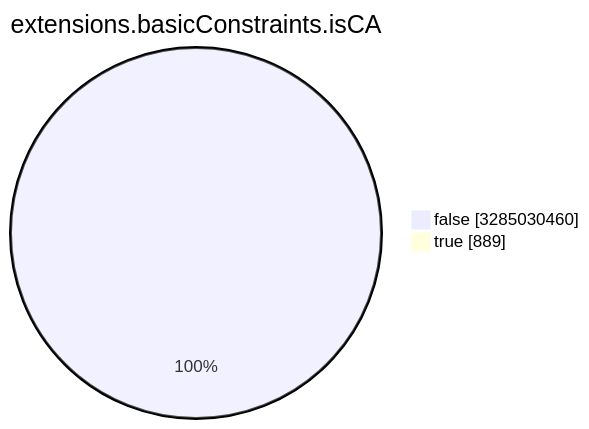
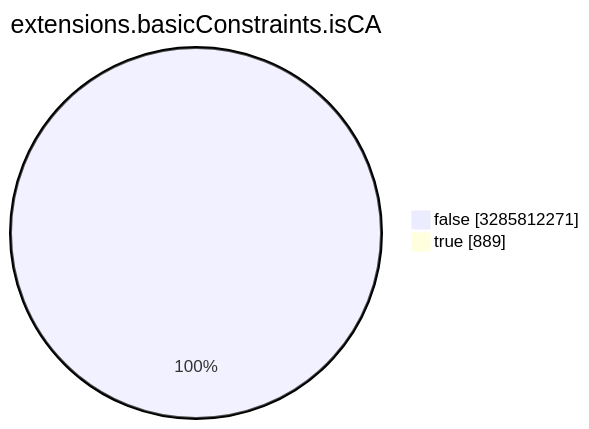
Before and after one commit to christiankrug/ctmonitor_visualization: the seventh of 15 diagrams in TOTAL/README.md, drawn with Mermaid. The commit also changed other lines of this file, not shown here.

````diff
--- a/TOTAL/README.md
+++ b/TOTAL/README.md
@@ -3089,6 +3089,6 @@
 ```mermaid
 pie showData
 title extensions.basicConstraints.isCA
-"false" :3285030460
+"false" :3285812271
 "true" :889
 ```
````
